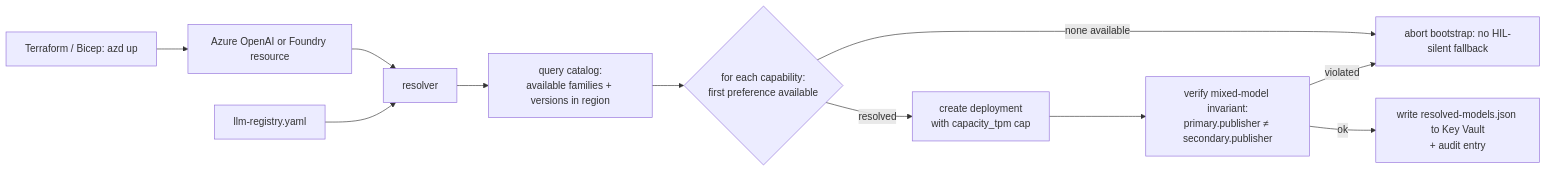
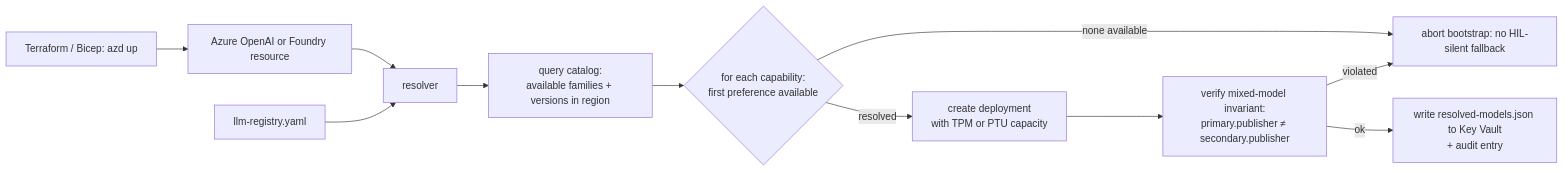
Before and after one commit to dotnetpower/azurewatcher: the second of 4 diagrams in docs/roadmap/architecture/llm-strategy-ko.md, drawn with Mermaid. The commit also changed other lines of this file and 616 other files, not shown here.

````diff
--- a/docs/roadmap/architecture/llm-strategy-ko.md
+++ b/docs/roadmap/architecture/llm-strategy-ko.md
@@ -212,13 +272,13 @@
 ```mermaid
 flowchart LR
     IAC[Terraform / Bicep: azd up] --> AOAI[Azure OpenAI or Foundry resource]
     AOAI --> RES[resolver]
     REG[llm-registry.yaml] --> RES
     RES --> CAT[query catalog:<br/>available families + versions in region]
     CAT --> PICK{for each capability:<br/>first preference available}
     PICK -->|none available| FAIL[abort bootstrap: no HIL-silent fallback]
-    PICK -->|resolved| DEPLOY[create deployment<br/>with capacity_tpm cap]
+    PICK -->|resolved| DEPLOY[create deployment<br/>with TPM or PTU capacity]
     DEPLOY --> INV[verify mixed-model invariant:<br/>primary.publisher ≠ secondary.publisher]
     INV -->|violated| FAIL
     INV -->|ok| MAP[write resolved-models.json to Key Vault<br/>+ audit entry]
 ```
````
